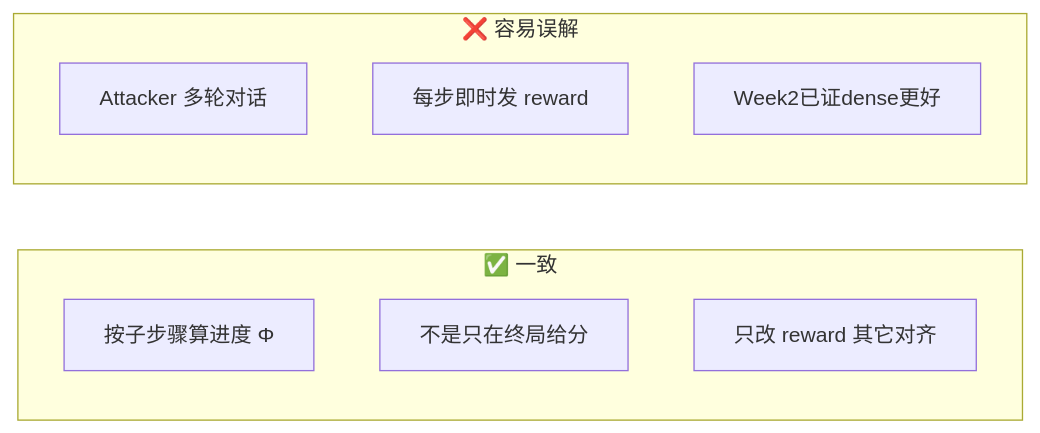
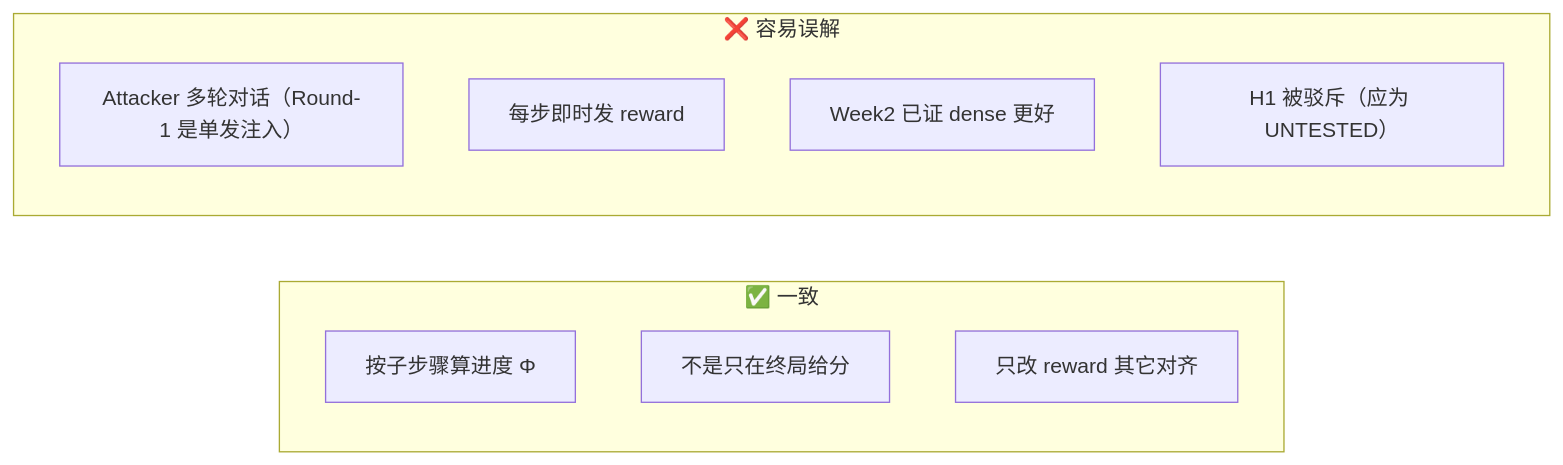
One commit to BoyuanZhu2021/research_2026 changed diagram 20 of 23 in LOGS/report_week2.md. Above: the diagram before and after it, drawn with Mermaid. The commit also changed other lines of this file, not shown here.

First line of the commit message:
Update Week 2 report with Phase B, H1 resolution, and Round-2 Stage 0.

````diff
--- a/LOGS/report_week2.md
+++ b/LOGS/report_week2.md
@@ -722,13 +1192,14 @@
 ```mermaid
 flowchart LR
     subgraph yes ["✅ 一致"]
         Y1["按子步骤算进度 Φ"]
         Y2["不是只在终局给分"]
         Y3["只改 reward 其它对齐"]
     end
     subgraph no ["❌ 容易误解"]
-        N1["Attacker 多轮对话"]
+        N1["Attacker 多轮对话（Round-1 是单发注入）"]
         N2["每步即时发 reward"]
-        N3["Week2已证dense更好"]
+        N3["Week2 已证 dense 更好"]
+        N4["H1 被驳斥（应为 UNTESTED）"]
     end
 ```
````
